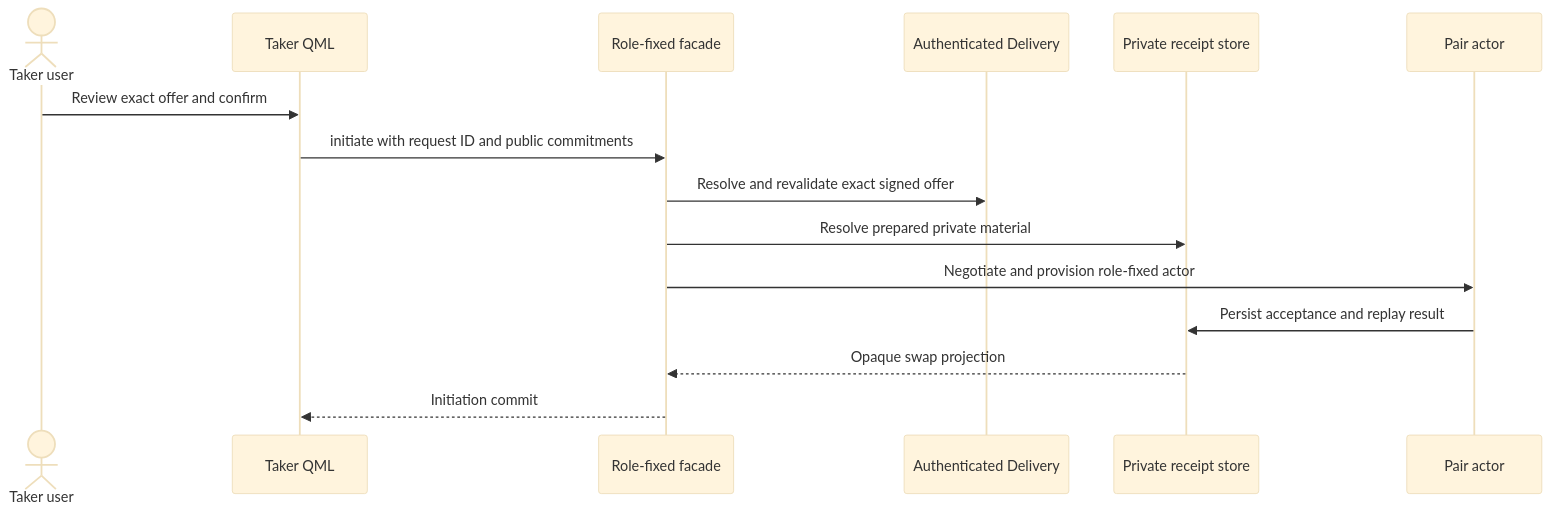
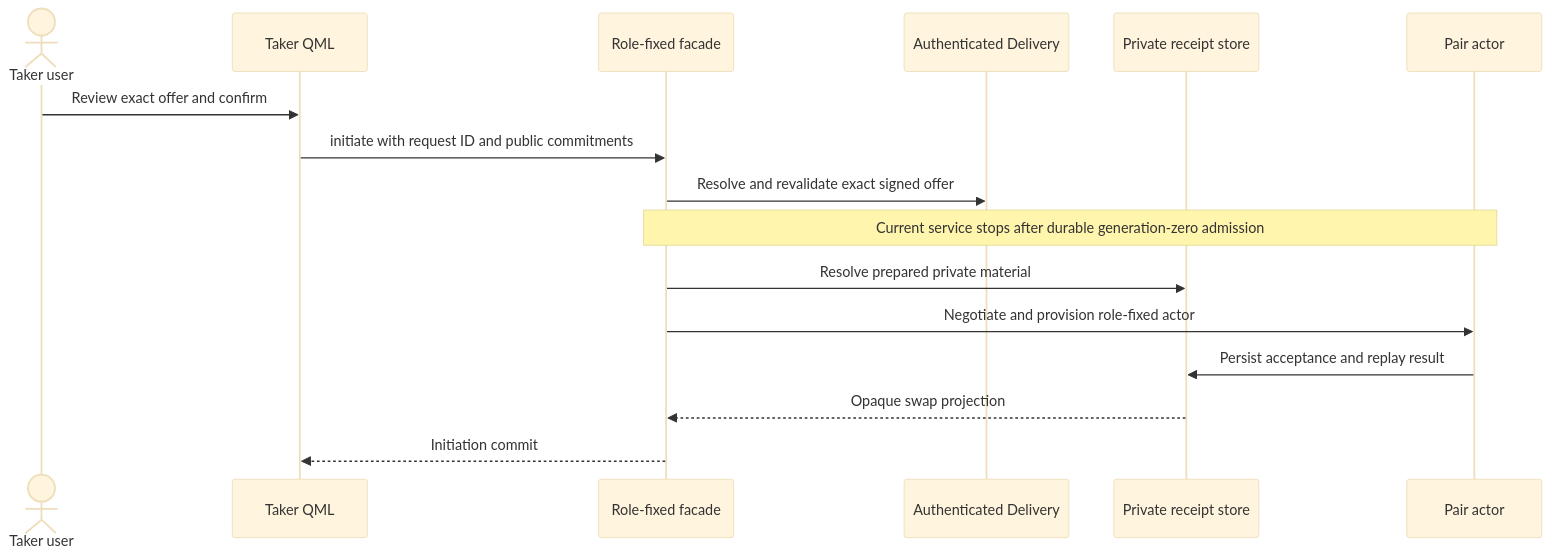
One commit to gateway-fm/lez-atomic-swaps changed the second of 3 diagrams in docs/architecture/0130-expose-a-strict-role-fixed-taker-facade.md. Above: the diagram before and after it, drawn with Mermaid (base theme). The commit also changed other lines of this file and 12 other files, not shown here.

Commit message:
docs(m6): explain replay-first service admission

````diff
--- a/docs/architecture/0130-expose-a-strict-role-fixed-taker-facade.md
+++ b/docs/architecture/0130-expose-a-strict-role-fixed-taker-facade.md
@@ -72,17 +77,18 @@
 ```mermaid
 sequenceDiagram
     actor U as Taker user
     participant Q as Taker QML
     participant F as Role-fixed facade
     participant D as Authenticated Delivery
     participant R as Private receipt store
     participant A as Pair actor
     U->>Q: Review exact offer and confirm
     Q->>F: initiate with request ID and public commitments
     F->>D: Resolve and revalidate exact signed offer
+    Note over F,A: Current service stops after durable generation-zero admission
     F->>R: Resolve prepared private material
     F->>A: Negotiate and provision role-fixed actor
     A->>R: Persist acceptance and replay result
     R-->>F: Opaque swap projection
     F-->>Q: Initiation commit
 ```
````
